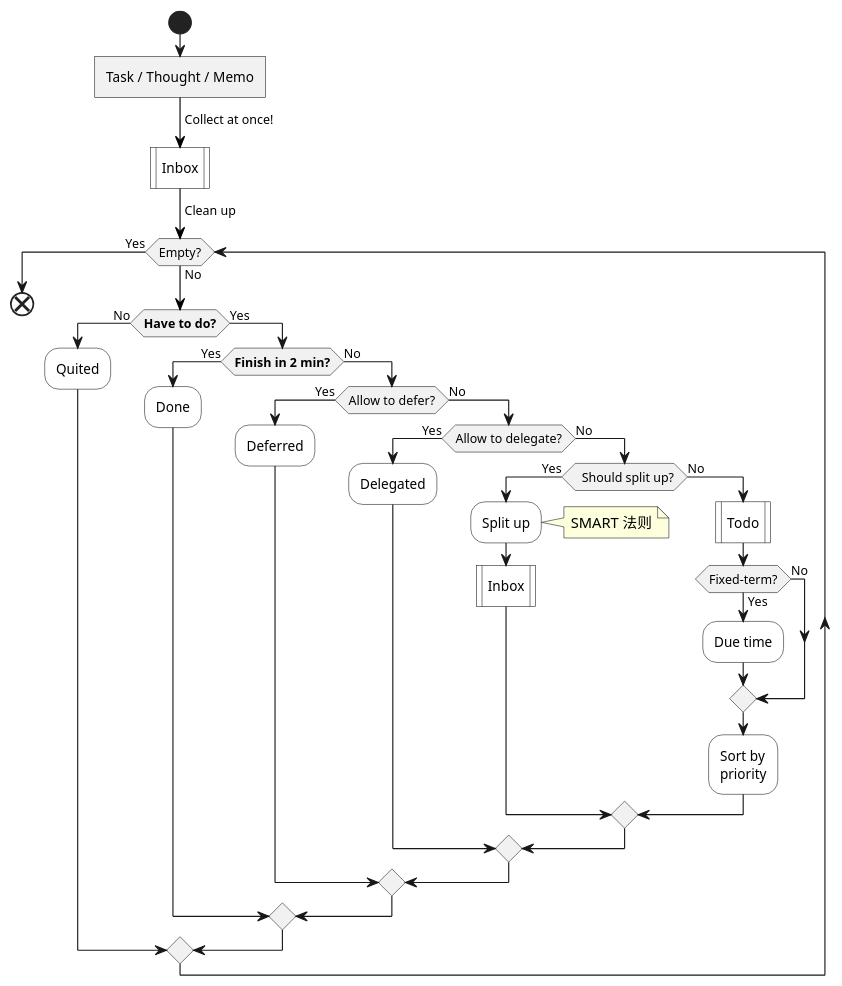
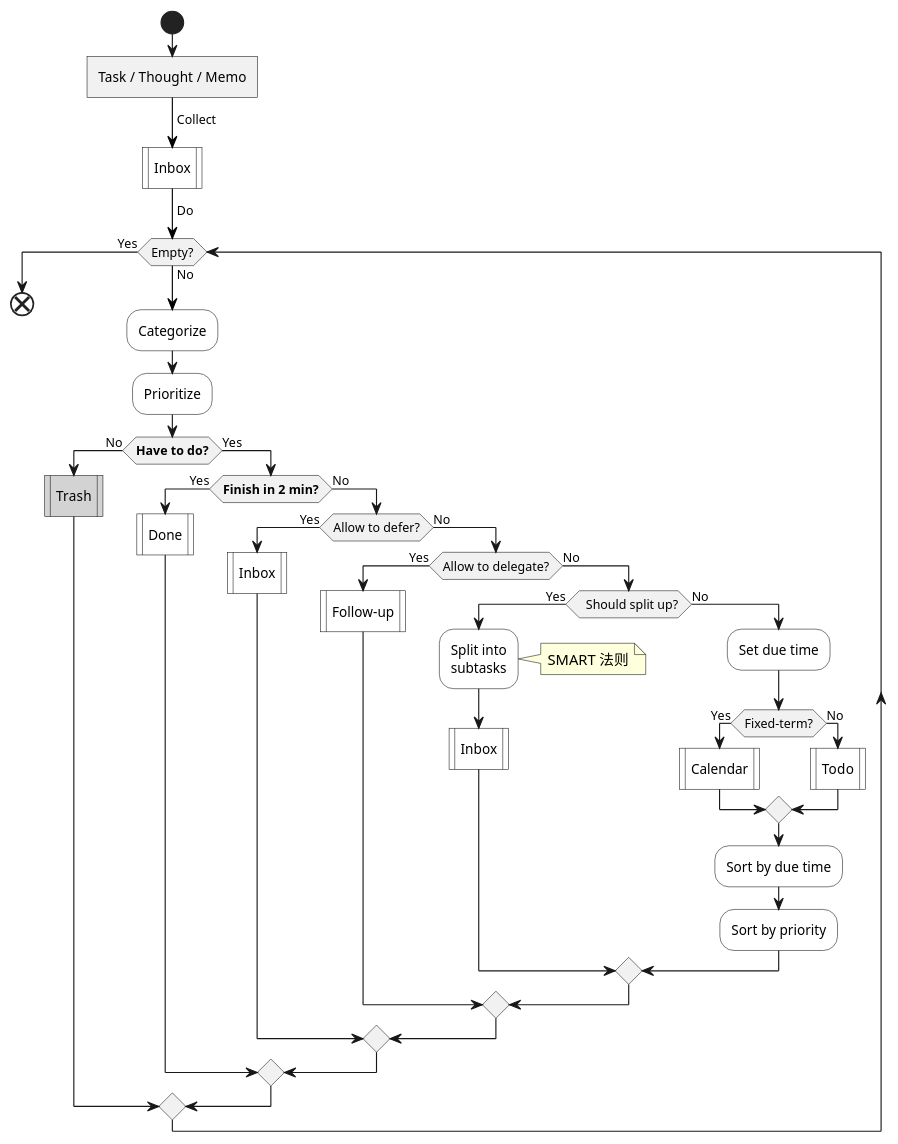
Before and after one commit to IceHe/icehe-lib: the first of 3 diagrams in snips/principles/gtd-archived.md, drawn with PlantUML. The commit also changed other lines of this file, not shown here.

````diff
--- a/snips/principles/gtd-archived.md
+++ b/snips/principles/gtd-archived.md
@@ -191,40 +5,44 @@
 ```plantuml
 @startuml
 start
 :Task / Thought / Memo]
--[#black]-> Collect at once!;
+-[#black]-> Collect;
 #white:Inbox|
--[#black]-> Clean up;
+-[#black]-> Do;
 while (Empty?) is (No)
+    #white:Categorize;
+    #white:Prioritize;
     if (**Have to do?**) then (No)
-        #white:Quited;
+        #lightGray:Trash|
     else (Yes)
         if (**Finish in 2 min?**) then (Yes)
-            #white:Done;
+            #white:Done|
         else (No)
             if (Allow to defer?) then (Yes)
-                #white:Deferred;
+                #white:Inbox|
             else (No)
                 if (Allow to delegate?) then (Yes)
-                    #white:Delegated;
+                    #white:Follow-up|
                 else (No)
                     if (  Should split up?) then (Yes)
-                        #white:Split up;
+                        #white:Split into\nsubtasks;
                         note right : SMART 法则
                         #white:Inbox|
                     else (No)
-                        #white:Todo|
+                        #white:Set due time;
                         if (Fixed-term?) then (Yes)
-                            #white:Due time;
+                            #white:Calendar|
                         else (No)
+                            #white:Todo|
                         endif
-                        #white:Sort by\npriority;
+                        #white:Sort by due time;
+                        #white:Sort by priority;
                     endif
                 endif
             endif
         endif
     endif
 endwhile (Yes)
 end
 @enduml
 ```
````
